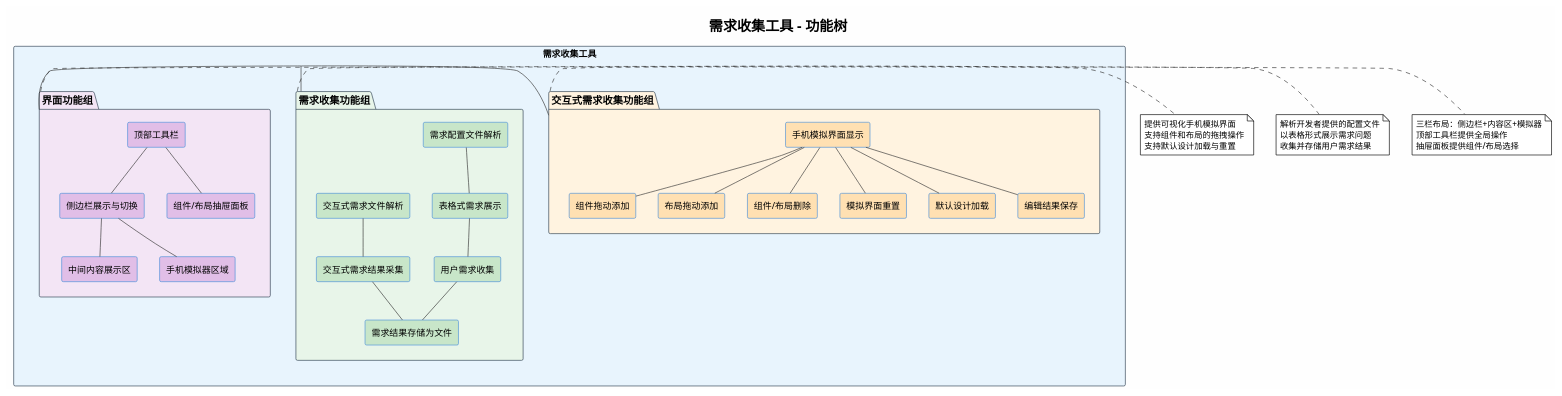
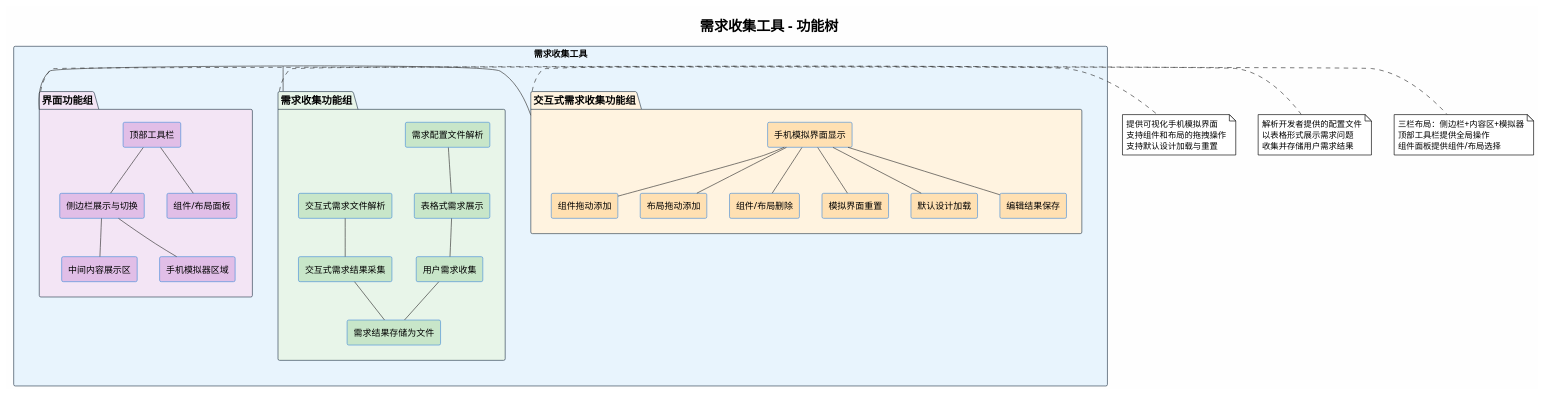
One commit to 24-Fahed/frontend_requirements_tool changed the diagram in docs/images/function_tree.puml. Above: the diagram before and after it, drawn with PlantUML. The commit also changed 48 other files, not shown here.

```diff
--- a/docs/images/function_tree.puml
+++ b/docs/images/function_tree.puml
@@ -1,89 +1,89 @@
 @startuml 功能树
 !theme plain
 skinparam backgroundColor #FEFEFE
 skinparam ArrowColor #333333
 skinparam RectangleBorderColor #4A90D9
 skinparam RectangleFontSize 14
 skinparam PackageBorderColor #2C3E50
 skinparam PackageFontSize 16
 skinparam PackageFontStyle bold
 skinparam defaultFontName SimHei
 skinparam NoteFontName SimHei
 skinparam PackageFontName SimHei
 skinparam RectangleFontName SimHei
 skinparam TitleFontName SimHei
 skinparam LegendFontName SimHei
 
 title 需求收集工具 - 功能树
 
 rectangle "需求收集工具" as ROOT #E8F4FD {
 
   package "交互式需求收集功能组" as G1 #FFF3E0 {
     rectangle "手机模拟界面显示" as F1_1 #FFE0B2
     rectangle "组件拖动添加" as F1_2 #FFE0B2
     rectangle "布局拖动添加" as F1_3 #FFE0B2
     rectangle "组件/布局删除" as F1_4 #FFE0B2
     rectangle "模拟界面重置" as F1_5 #FFE0B2
     rectangle "默认设计加载" as F1_6 #FFE0B2
     rectangle "编辑结果保存" as F1_7 #FFE0B2
 
     F1_1 -- F1_2
     F1_1 -- F1_3
     F1_1 -- F1_4
     F1_1 -- F1_5
     F1_1 -- F1_6
     F1_1 -- F1_7
   }
 
   package "需求收集功能组" as G2 #E8F5E9 {
     rectangle "需求配置文件解析" as F2_1 #C8E6C9
     rectangle "交互式需求文件解析" as F2_2 #C8E6C9
     rectangle "表格式需求展示" as F2_3 #C8E6C9
     rectangle "用户需求收集" as F2_4 #C8E6C9
     rectangle "交互式需求结果采集" as F2_5 #C8E6C9
     rectangle "需求结果存储为文件" as F2_6 #C8E6C9
 
     F2_1 -- F2_3
     F2_2 -- F2_5
     F2_3 -- F2_4
     F2_5 -- F2_6
     F2_4 -- F2_6
   }
 
   package "界面功能组" as G3 #F3E5F5 {
     rectangle "侧边栏展示与切换" as F3_1 #E1BEE7
     rectangle "中间内容展示区" as F3_2 #E1BEE7
     rectangle "手机模拟器区域" as F3_3 #E1BEE7
     rectangle "顶部工具栏" as F3_4 #E1BEE7
-    rectangle "组件/布局抽屉面板" as F3_5 #E1BEE7
+    rectangle "组件/布局面板" as F3_5 #E1BEE7
 
     F3_4 -- F3_1
     F3_4 -- F3_5
     F3_1 -- F3_2
     F3_1 -- F3_3
   }
 
   ROOT -- G1
   ROOT -- G2
   ROOT -- G3
 }
 
 note right of G1
   提供可视化手机模拟界面
   支持组件和布局的拖拽操作
   支持默认设计加载与重置
 end note
 
 note right of G2
   解析开发者提供的配置文件
   以表格形式展示需求问题
   收集并存储用户需求结果
 end note
 
 note right of G3
   三栏布局：侧边栏+内容区+模拟器
   顶部工具栏提供全局操作
-  抽屉面板提供组件/布局选择
+  组件面板提供组件/布局选择
 end note
 
 @enduml
```
